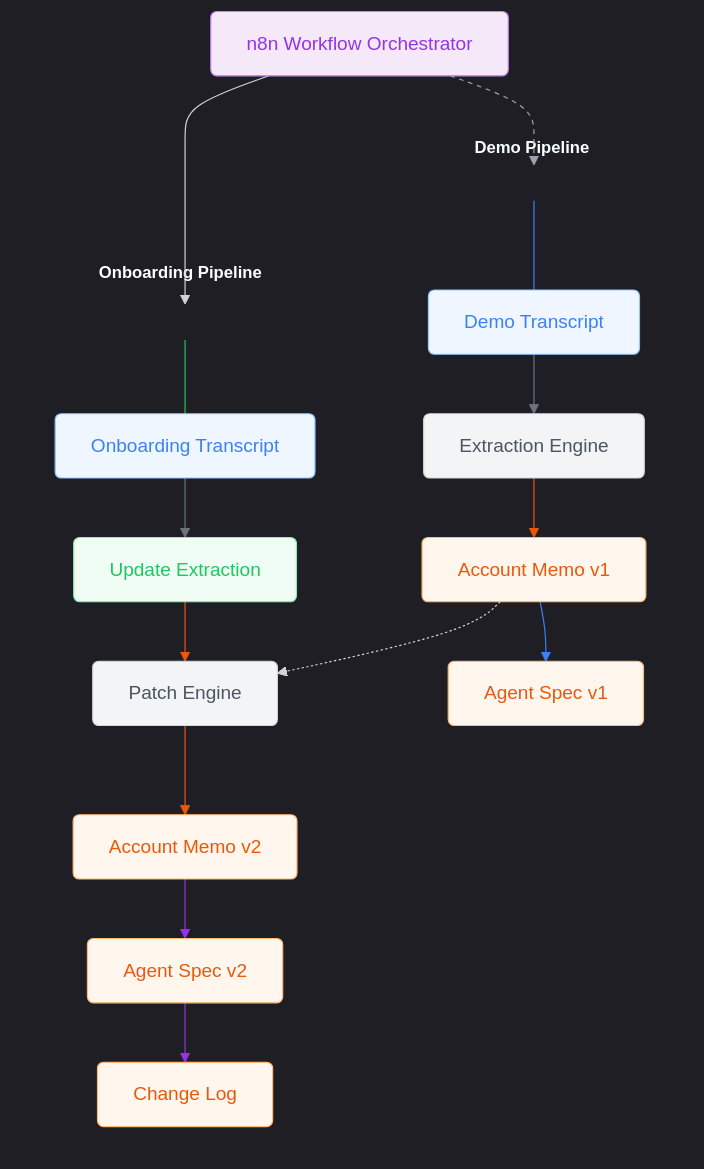
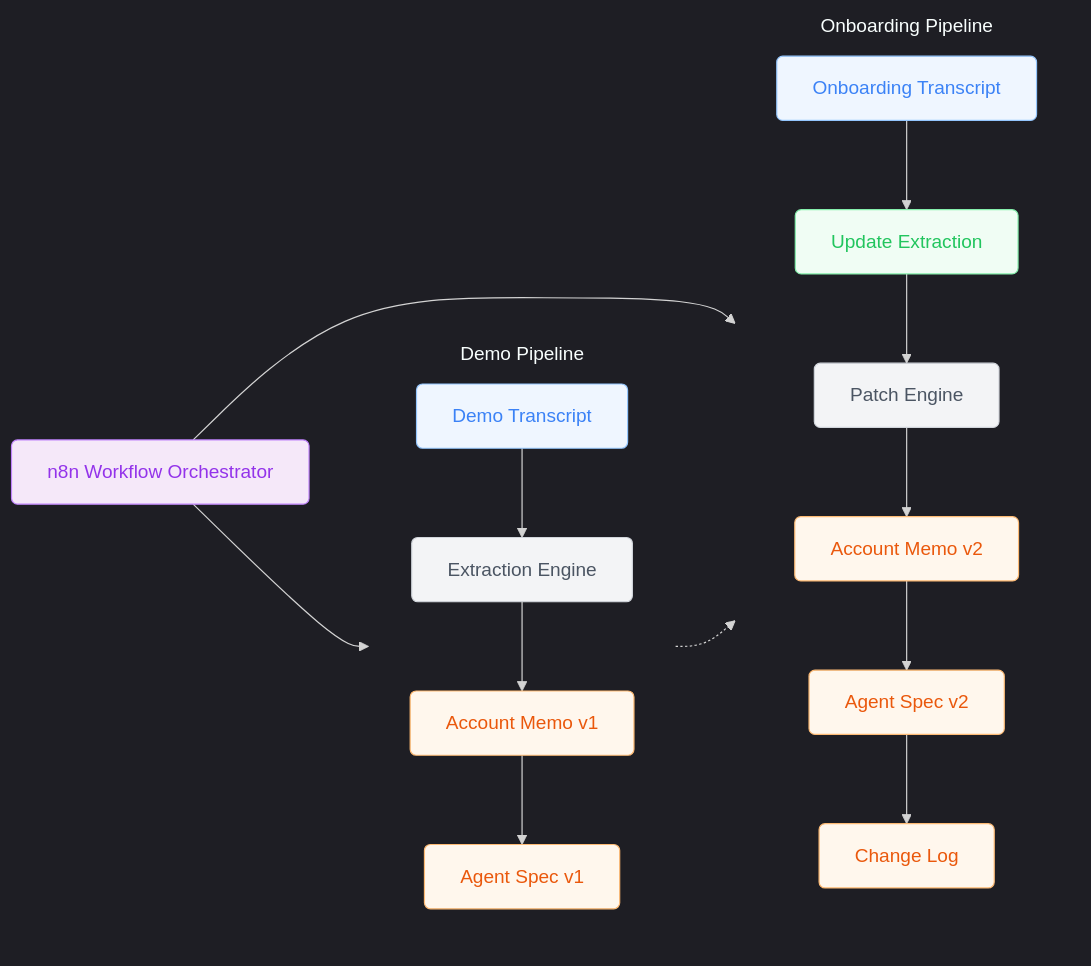
Before and after one commit to Soumik-R/clara-agent-pipeline: the second of 2 diagrams in README.md, drawn with Mermaid.

````diff
--- a/README.md
+++ b/README.md
@@ -154,62 +154,40 @@
 ```mermaid
 %%{init: {'theme': 'dark'}}%%
-graph TD
+flowchart LR
     classDef purple fill:#f5e8f9,stroke:#c084fc,stroke-width:1px,color:#9333ea,rx:5px,ry:5px;
     classDef blue fill:#eff6ff,stroke:#93c5fd,stroke-width:1px,color:#3b82f6,rx:5px,ry:5px;
     classDef grey fill:#f3f4f6,stroke:#d1d5db,stroke-width:1px,color:#4b5563,rx:5px,ry:5px;
     classDef green fill:#f0fdf4,stroke:#86efac,stroke-width:1px,color:#22c55e,rx:5px,ry:5px;
     classDef orange fill:#fff7ed,stroke:#fdba74,stroke-width:1px,color:#ea580c,rx:5px,ry:5px;
-    classDef invis fill:transparent,stroke:transparent,color:transparent;
-
-    style DemoPhase fill:transparent,stroke:none,font-weight:bold,font-size:14px;
-    style OnboardingPhase fill:transparent,stroke:none,font-weight:bold,font-size:14px;
 
     O[n8n Workflow Orchestrator]:::purple
 
     subgraph DemoPhase ["Demo Pipeline"]
-        S1[ ]:::invis
+        direction TB
         A[Demo Transcript]:::blue
         B[Extraction Engine]:::grey
         C[Account Memo v1]:::orange
         D[Agent Spec v1]:::orange
 
-        S1 ~~~ A
-        A --> B
-        B --> C
-        C --> D
+        A --> B --> C --> D
     end
 
     subgraph OnboardingPhase ["Onboarding Pipeline"]
-        S2[ ]:::invis
+        direction TB
         E[Onboarding Transcript]:::blue
         F[Update Extraction]:::green
         G[Patch Engine]:::grey
         H[Account Memo v2]:::orange
         I[Agent Spec v2]:::orange
         J[Change Log]:::orange
 
-        S2 ~~~ E
-        E --> F
-        F --> G
-        G --> H
-        H --> I
-        I --> J
+        E --> F --> G --> H --> I --> J
     end
 
-    O --> S1
-    O --> S2
-    
+    O --> A
+    O --> E
     C -.-> G
 
-    linkStyle 0 stroke:#3b82f6,stroke-width:1px;
-    linkStyle 1 stroke:#6b7280,stroke-width:1px;
-    linkStyle 2 stroke:#ea580c,stroke-width:1px;
-    linkStyle 3 stroke:#3b82f6,stroke-width:1px;
-    linkStyle 4 stroke:#22c55e,stroke-width:1px;
-    linkStyle 5 stroke:#6b7280,stroke-width:1px;
-    linkStyle 6 stroke:#ea580c,stroke-width:1px;
-    linkStyle 7 stroke:#ea580c,stroke-width:1px;
-    linkStyle 8 stroke:#9333ea,stroke-width:1px;
-    linkStyle 9 stroke:#9333ea,stroke-width:1px;
-    linkStyle 10 stroke:#9ca3af,stroke-width:1px,stroke-dasharray: 4 4;
+    style DemoPhase fill:transparent,stroke:none;
+    style OnboardingPhase fill:transparent,stroke:none;
 ```
````
